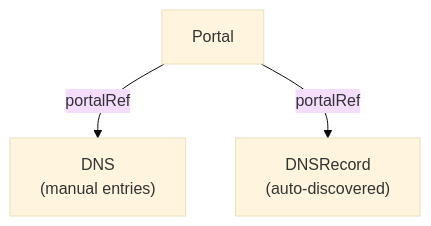
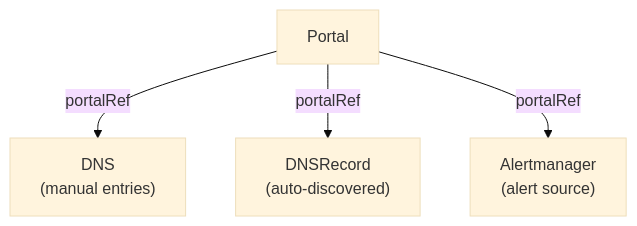
The second of 3 diagrams in docs/content/docs/architecture.md (golgoth31/sreportal), drawn with Mermaid (base theme) before and after one commit. The commit also changed other lines of this file and 64 other files, not shown here.

````diff
--- a/docs/content/docs/architecture.md
+++ b/docs/content/docs/architecture.md
@@ -39,7 +39,9 @@
 ```mermaid
 graph TD
     Portal -->|portalRef| DNS["DNS
     (manual entries)"]
     Portal -->|portalRef| DNSRecord["DNSRecord
     (auto-discovered)"]
+    Portal -->|portalRef| Alertmanager["Alertmanager
+    (alert source)"]
 ```
````
